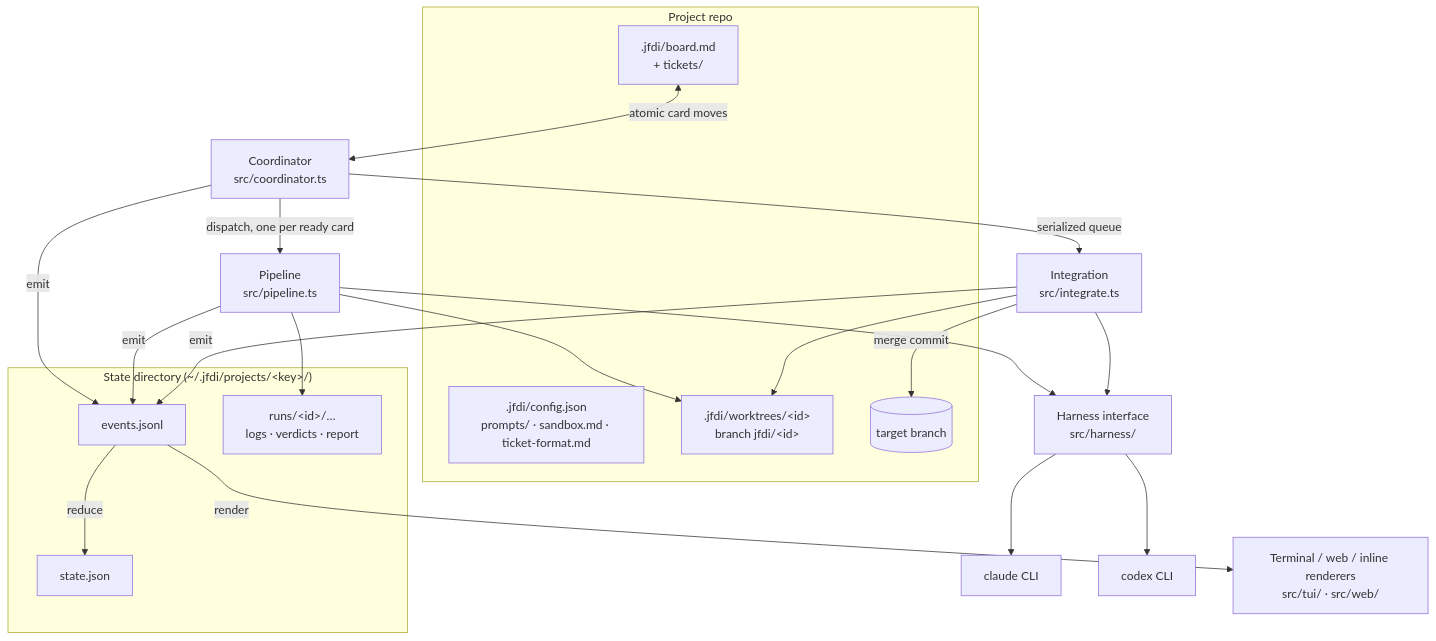
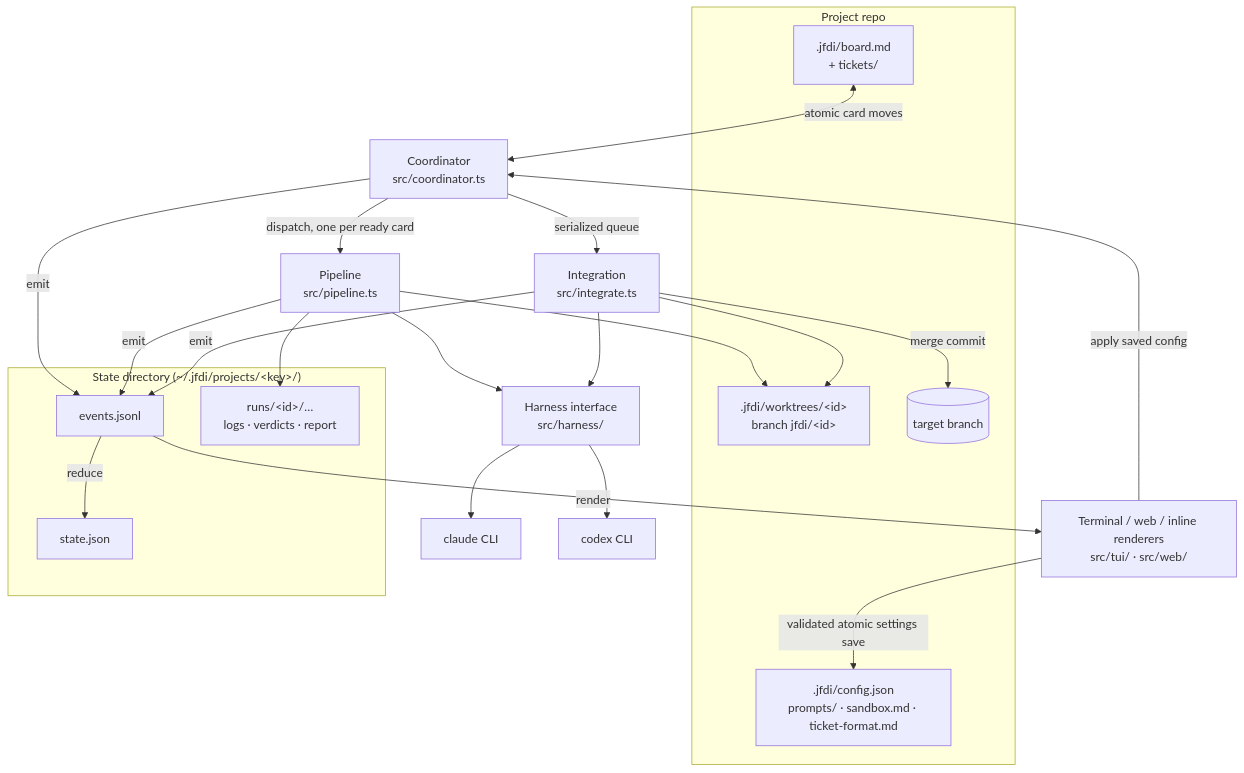
One commit to rdaruszka/jfdi changed the first of 2 diagrams in docs/architecture/overview.md. Above: the diagram before and after it, drawn with Mermaid. The commit also changed other lines of this file and 19 other files, not shown here.

````diff
--- a/docs/architecture/overview.md
+++ b/docs/architecture/overview.md
@@ -24,40 +25,42 @@
 ```mermaid
 flowchart TB
     subgraph project [Project repo]
         BOARD[".jfdi/board.md<br/>+ tickets/"]
         CONFIG[".jfdi/config.json<br/>prompts/ · sandbox.md · ticket-format.md"]
         WT[".jfdi/worktrees/&lt;id&gt;<br/>branch jfdi/&lt;id&gt;"]
         TARGET[(target branch)]
     end
 
     subgraph statedir ["State directory (~/.jfdi/projects/&lt;key&gt;/)"]
         EV[events.jsonl]
         SNAP[state.json]
         RUNS[runs/&lt;id&gt;/…<br/>logs · verdicts · report]
     end
 
     COORD[Coordinator<br/>src/coordinator.ts]
     PIPE[Pipeline<br/>src/pipeline.ts]
     INT[Integration<br/>src/integrate.ts]
     HARNESS[Harness interface<br/>src/harness/]
     CLI_A[claude CLI]
     CLI_B[codex CLI]
     UI[Terminal / web / inline renderers<br/>src/tui/ · src/web/]
 
     BOARD <-->|atomic card moves| COORD
     COORD -->|dispatch, one per ready card| PIPE
     COORD -->|serialized queue| INT
     PIPE --> HARNESS
     INT --> HARNESS
     HARNESS --> CLI_A
     HARNESS --> CLI_B
     PIPE --> WT
     INT --> WT
     INT -->|merge commit| TARGET
     COORD -->|emit| EV
     PIPE -->|emit| EV
     INT -->|emit| EV
     EV -->|reduce| SNAP
     EV -->|render| UI
+    UI -->|validated atomic settings save| CONFIG
+    UI -->|apply saved config| COORD
     PIPE --> RUNS
 ```
````
